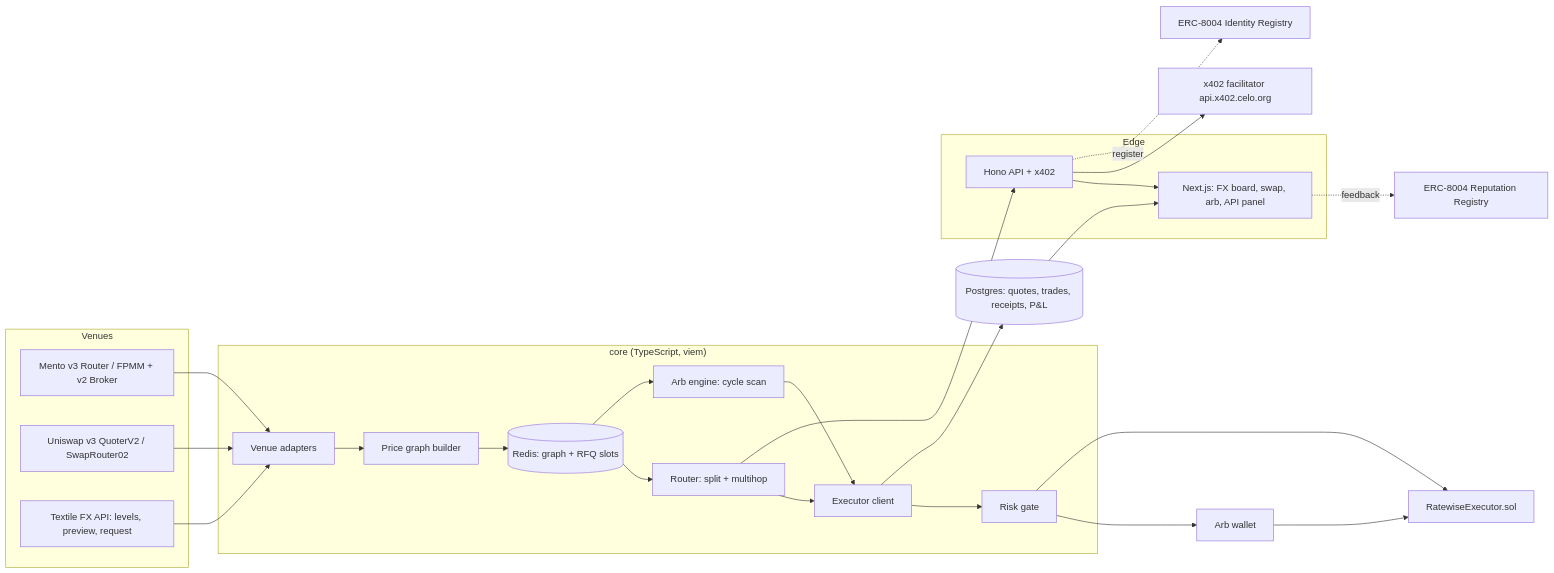
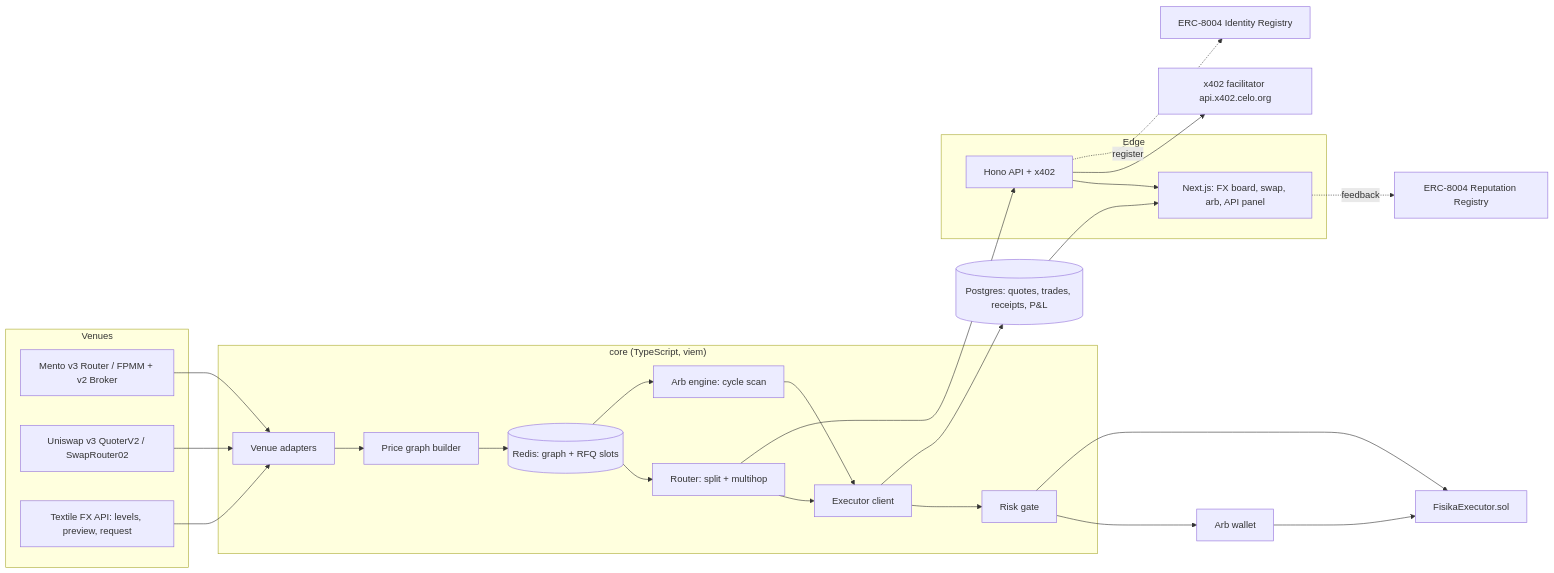
Before and after one commit to kryptnitan/fisika: the diagram in docs/02-architecture.md, drawn with Mermaid. The commit also changed other lines of this file and 28 other files, not shown here.

First line of the commit message:
core: token registry, venue adapters, price graph, router; on-chain verify script and CI

````diff
--- a/docs/02-architecture.md
+++ b/docs/02-architecture.md
@@ -18,39 +18,39 @@
 ```mermaid
 flowchart LR
   subgraph Venues
     M[Mento v3 Router / FPMM + v2 Broker]
     U[Uniswap v3 QuoterV2 / SwapRouter02]
     T[Textile FX API: levels, preview, request]
   end
 
   subgraph Core["core (TypeScript, viem)"]
     A[Venue adapters] --> G[Price graph builder]
     G --> R[(Redis: graph + RFQ slots)]
     R --> RT[Router: split + multihop]
     R --> AR[Arb engine: cycle scan]
     RT --> EX[Executor client]
     AR --> EX
     EX --> RK[Risk gate]
   end
 
   M --> A
   U --> A
   T --> A
 
   RK --> W1[Arb wallet]
-  RK --> SC[RatewiseExecutor.sol]
+  RK --> SC[FisikaExecutor.sol]
   W1 --> SC
 
   subgraph Edge
     API[Hono API + x402]
     WEB[Next.js: FX board, swap, arb, API panel]
   end
 
   RT --> API
   API --> WEB
   EX --> PG[(Postgres: quotes, trades, receipts, P&L)]
   PG --> WEB
   API --> F[x402 facilitator api.x402.celo.org]
   API -.register.-> ID[ERC-8004 Identity Registry]
   WEB -.feedback.-> REP[ERC-8004 Reputation Registry]
 ```
````
